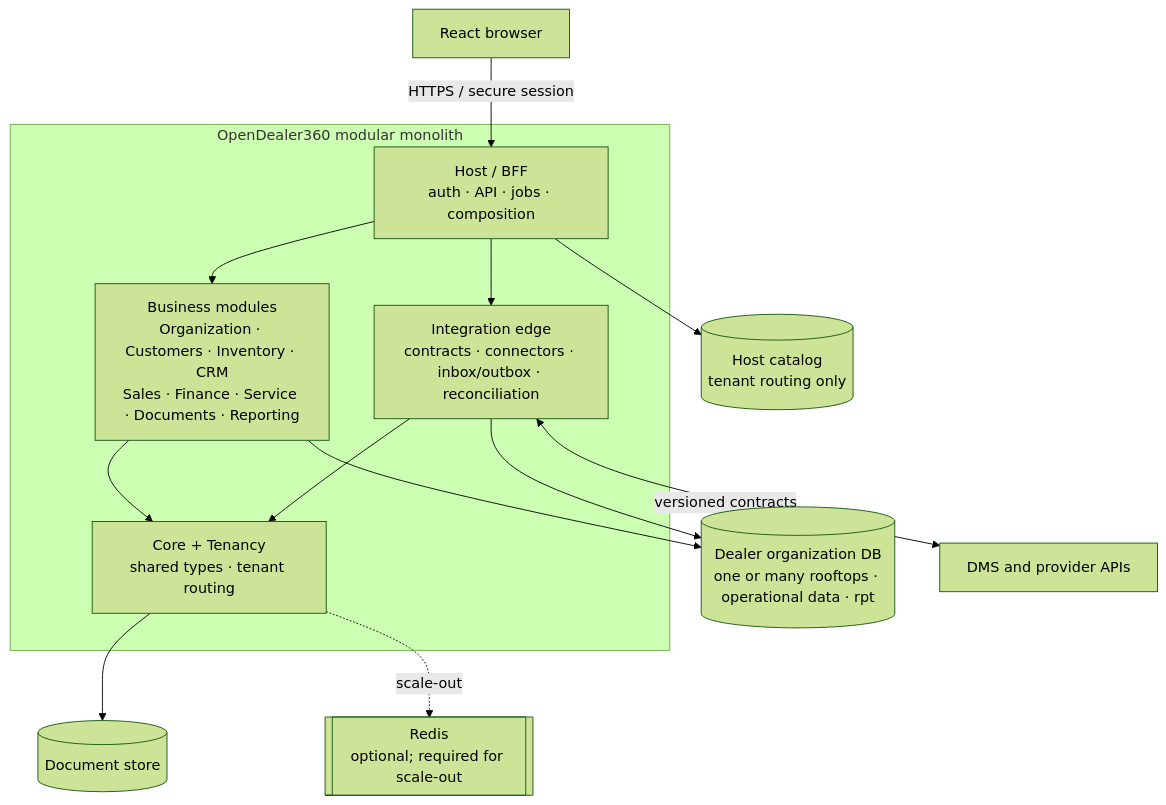
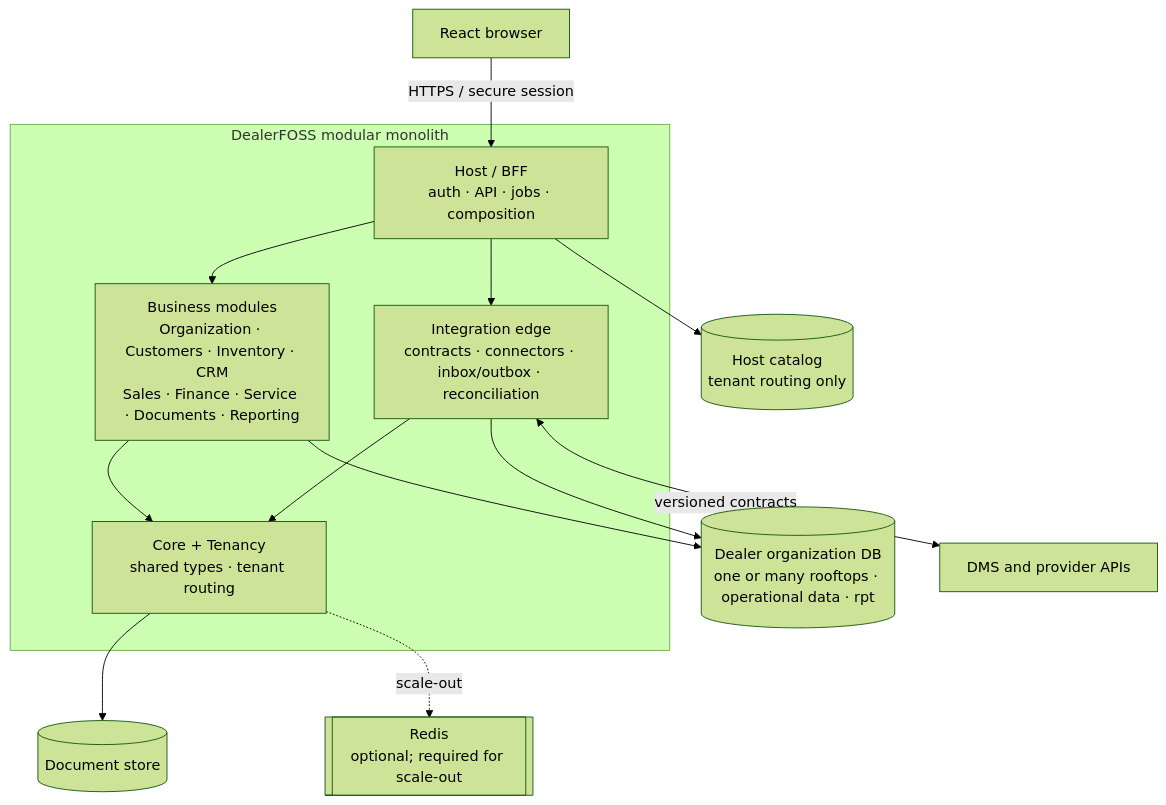
The diagram in docs/diagrams/01-system-architecture.md (PoulaAdel/DealerFOSS), drawn with Mermaid (forest theme) before and after one commit. The commit also changed 242 other files, not shown here.

Commit message:
feat: a dealership can take its records away, and the project is now DealerFOSS

````diff
--- a/docs/diagrams/01-system-architecture.md
+++ b/docs/diagrams/01-system-architecture.md
@@ -5,27 +5,27 @@
 ```mermaid
 flowchart TB
     Browser["React browser"]
-    subgraph App["OpenDealer360 modular monolith"]
+    subgraph App["DealerFOSS modular monolith"]
         Host["Host / BFF<br/>auth · API · jobs · composition"]
         Modules["Business modules<br/>Organization · Customers · Inventory · CRM<br/>Sales · Finance · Service · Documents · Reporting"]
         Edge["Integration edge<br/>contracts · connectors · inbox/outbox · reconciliation"]
         Core["Core + Tenancy<br/>shared types · tenant routing"]
     end
     HostDB[("Host catalog<br/>tenant routing only")]
     TenantDB[("Dealer organization DB<br/>one or many rooftops · operational data · rpt")]
     Docs[("Document store")]
     Redis[["Redis<br/>optional; required for scale-out"]]
     External["DMS and provider APIs"]
 
     Browser -->|HTTPS / secure session| Host
     Host --> Modules
     Host --> Edge
     Modules --> Core
     Edge --> Core
     Host --> HostDB
     Modules --> TenantDB
     Edge --> TenantDB
     Core --> Docs
     Core -. scale-out .-> Redis
     Edge <-->|versioned contracts| External
 ```
````
